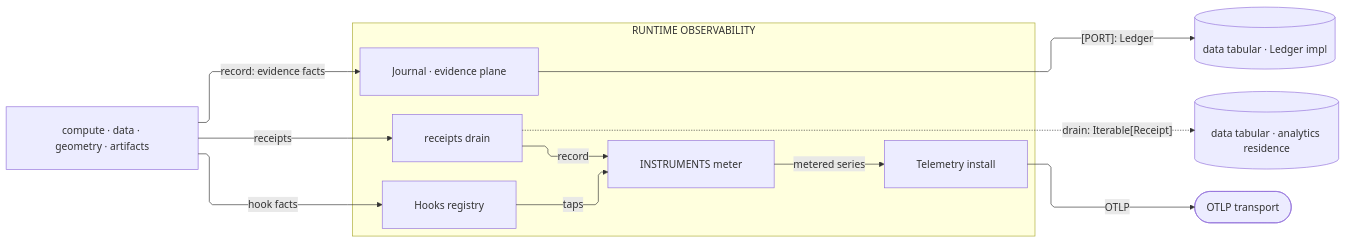
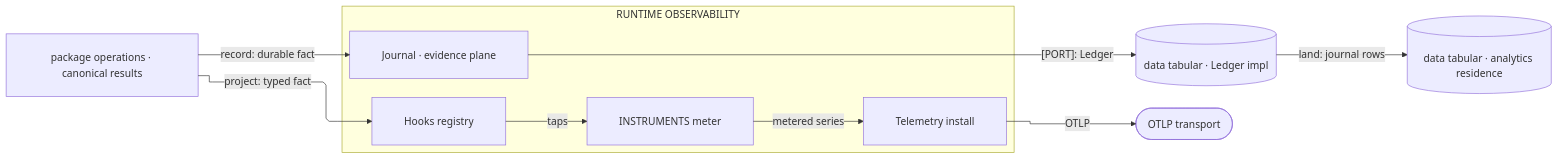
Before and after one commit to bsamiee/Rasm: the fourth of 4 diagrams in libs/python/.planning/ARCHITECTURE.md, drawn with Mermaid. The commit also changed other lines of this file and 1417 other files, not shown here.

````diff
--- a/libs/python/.planning/ARCHITECTURE.md
+++ b/libs/python/.planning/ARCHITECTURE.md
@@ -162,32 +156,29 @@
 ```mermaid
 ---
 config:
   layout: elk
   flowchart:
     curve: linear
     padding: 25
 ---
 flowchart LR
     accTitle: Python branch observability spine
-    accDescr: How sibling facts, receipts, and evidence converge on runtime observability and leave through OTLP and the Ledger-bound journal.
-    Siblings[compute · data · geometry · artifacts]
+    accDescr: Package results project into runtime observability while durable facts enter the Ledger-bound journal.
+    Results[package operations · canonical results]
     subgraph runtime[RUNTIME OBSERVABILITY]
         Hooks[Hooks registry]
-        Drain[receipts drain]
         Instruments[INSTRUMENTS meter]
         Journal[Journal · evidence plane]
         Telemetry[Telemetry install]
     end
     Ledger[(data tabular · Ledger impl)]
     Residence[(data tabular · analytics residence)]
     Egress([OTLP transport])
-    Siblings e1@-->|"hook facts"| Hooks
-    Siblings e2@-->|"receipts"| Drain
-    Siblings e7@-->|"record: evidence facts"| Journal
+    Results e1@-->|"project: typed fact"| Hooks
+    Results e7@-->|"record: durable fact"| Journal
     Hooks e3@-->|"taps"| Instruments
-    Drain e4@-->|"record"| Instruments
     Journal e8@-->|"[PORT]: Ledger"| Ledger
-    Drain e9@-.->|"drain: Iterable[Receipt]"| Residence
+    Ledger e9@-->|"land: journal rows"| Residence
     Instruments e5@-->|"metered series"| Telemetry
     Telemetry e6@-->|"OTLP"| Egress
 ```
````
